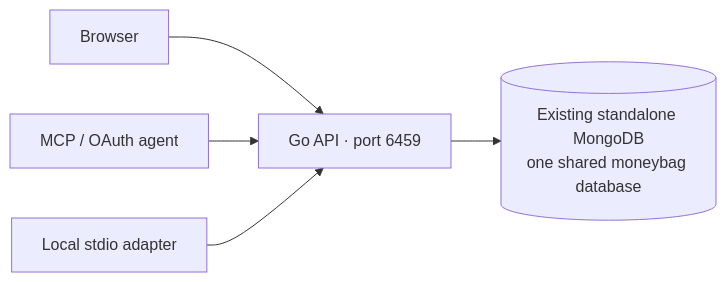
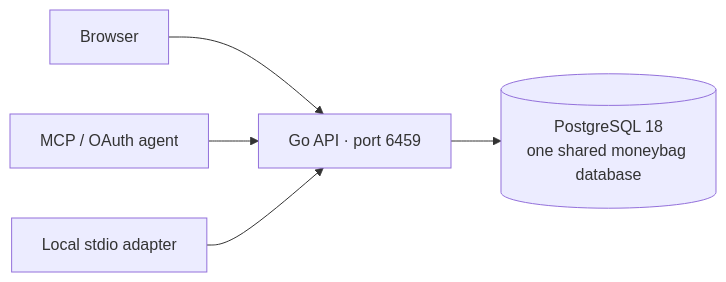
The diagram in docs/architecture.md (olegpustovit/moneybag), drawn with Mermaid before and after one commit. The commit also changed other lines of this file and 20 other files, not shown here.

Commit message:
Prove real-data PostgreSQL API parity and preserve rule notes [skip ci]

````diff
--- a/docs/architecture.md
+++ b/docs/architecture.md
@@ -5,7 +5,7 @@
 ```mermaid
 flowchart LR
   Browser --> API[Go API · port 6459]
   Agent[MCP / OAuth agent] --> API
   Stdio[Local stdio adapter] --> API
-  API --> DB[(Existing standalone MongoDB\none shared moneybag database)]
+  API --> DB[(PostgreSQL 18\none shared moneybag database)]
 ```
````
